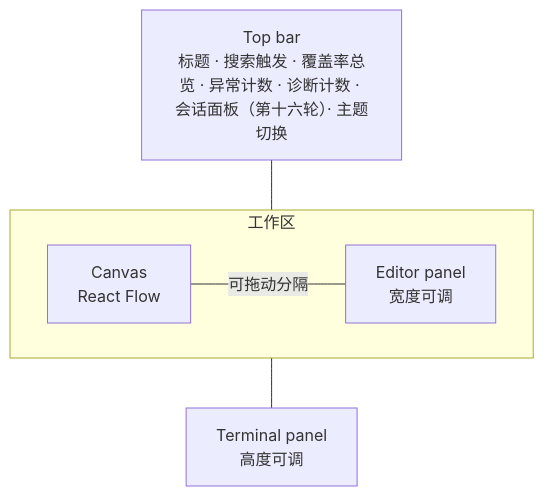
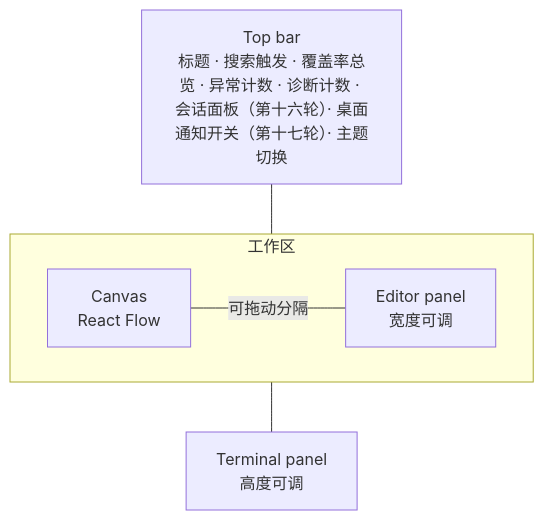
The first of 2 diagrams in docs/design/design-00002-whiteboard-ui.md (ryan-alexander-zhang/ai-native-project-template), drawn with Mermaid before and after one commit. The commit also changed other lines of this file and 2 other files, not shown here.

````diff
--- a/docs/design/design-00002-whiteboard-ui.md
+++ b/docs/design/design-00002-whiteboard-ui.md
@@ -60,10 +60,10 @@
 ```mermaid
 flowchart TB
-  TB[Top bar<br/>标题 · 搜索触发 · 覆盖率总览 · 异常计数 · 诊断计数 · 会话面板（第十六轮）· 主题切换]
+  TB[Top bar<br/>标题 · 搜索触发 · 覆盖率总览 · 异常计数 · 诊断计数 · 会话面板（第十六轮）· 桌面通知开关（第十七轮）· 主题切换]
   subgraph Work[工作区]
     direction LR
     CV[Canvas<br/>React Flow] ---|可拖动分隔| EP[Editor panel<br/>宽度可调]
   end
   TB --- Work
   Work --- TP[Terminal panel<br/>高度可调]
 ```
````
